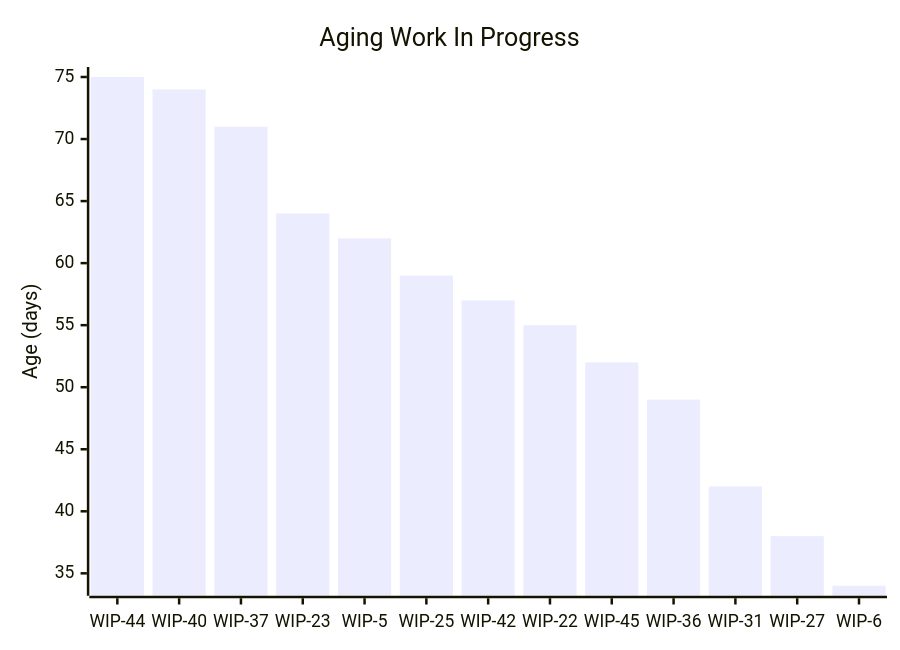
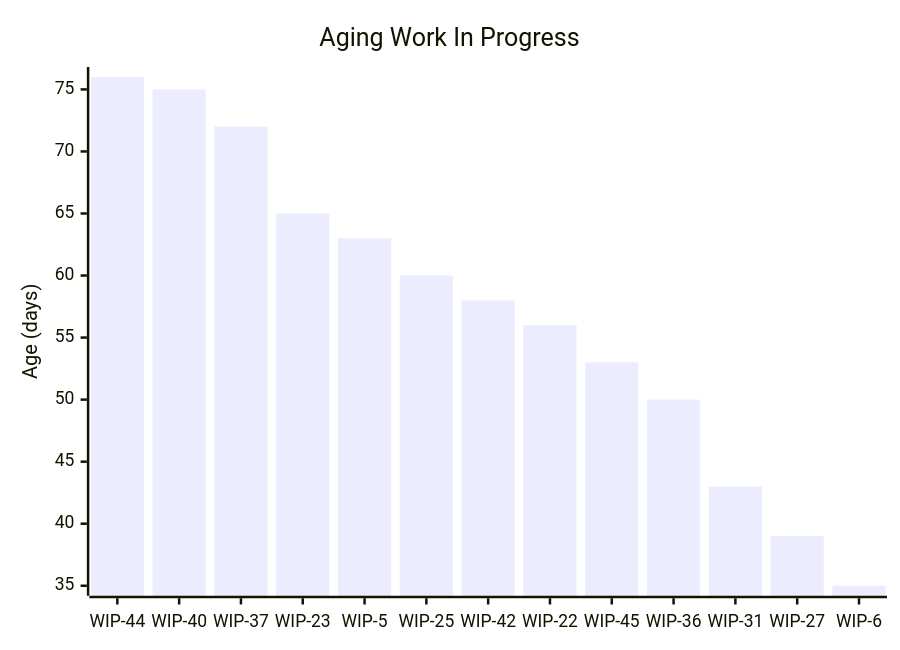
The first of 5 diagrams in data/samples/reports/sample_data_large/types/Story.md (cbroult/predictability-engine), drawn with Mermaid before and after one commit. The commit also changed other lines of this file and 72 other files, not shown here.

````diff
--- a/data/samples/reports/sample_data_large/types/Story.md
+++ b/data/samples/reports/sample_data_large/types/Story.md
@@ -30,7 +30,7 @@
 ```mermaid
 xychart-beta
     title "Aging Work In Progress"
     x-axis ["WIP-44", "WIP-40", "WIP-37", "WIP-23", "WIP-5", "WIP-25", "WIP-42", "WIP-22", "WIP-45", "WIP-36", "WIP-31", "WIP-27", "WIP-6"]
     y-axis "Age (days)"
-    bar "Age" [75, 74, 71, 64, 62, 59, 57, 55, 52, 49, 42, 38, 34]
+    bar "Age" [76, 75, 72, 65, 63, 60, 58, 56, 53, 50, 43, 39, 35]
 ```
````
